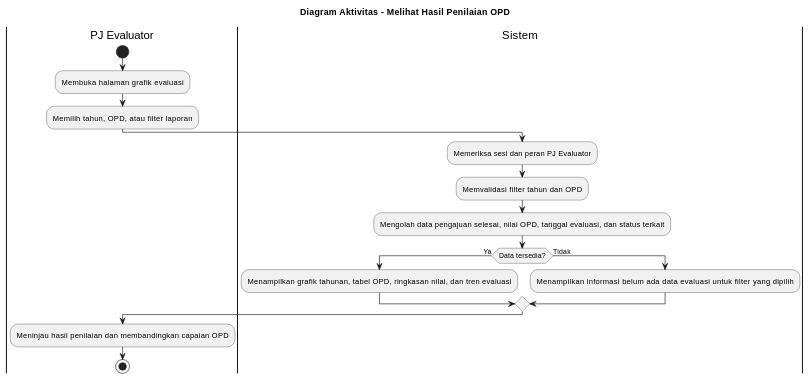
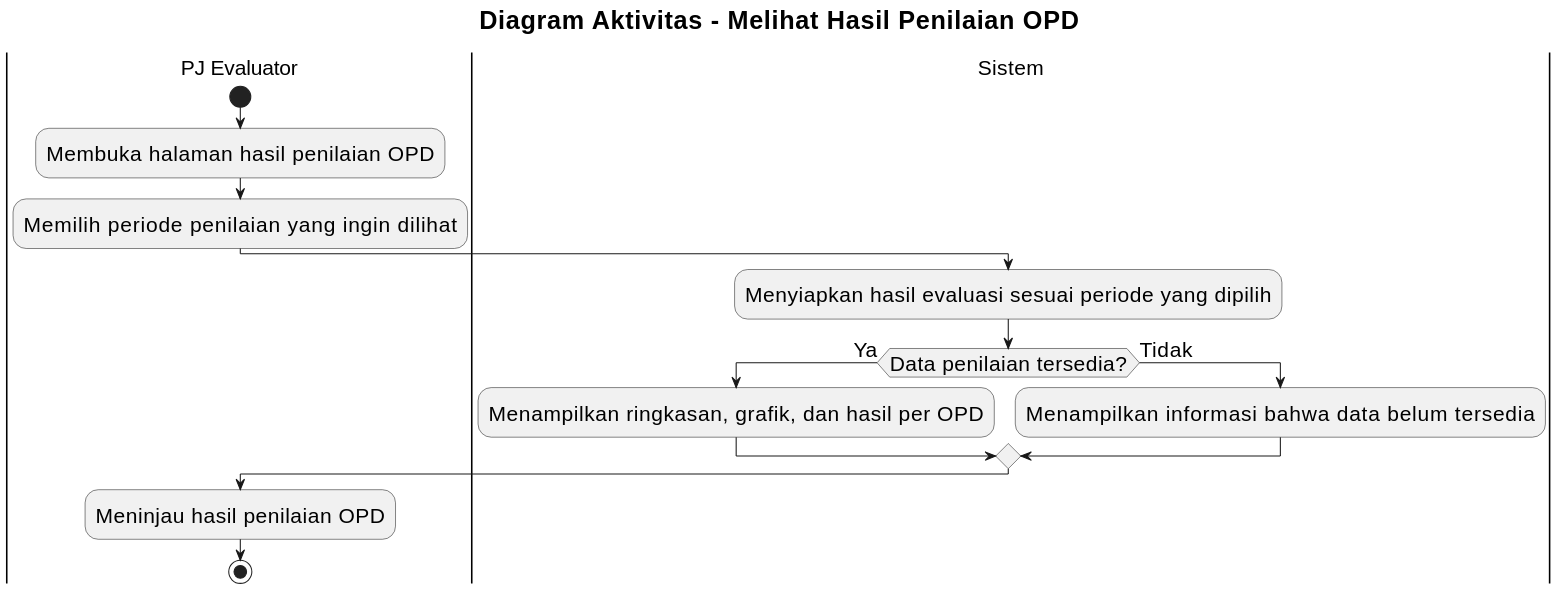
Before and after one commit to howlil/sop-generate-app: the diagram in docs/activity-diagram/lampiran/pj-evaluator-melihat-hasil-penilaian-opd.md, drawn with PlantUML. The commit also changed other lines of this file and 20 other files, not shown here.

Commit message:
docs(activity): align all activity diagrams with use cases

````diff
--- a/docs/activity-diagram/lampiran/pj-evaluator-melihat-hasil-penilaian-opd.md
+++ b/docs/activity-diagram/lampiran/pj-evaluator-melihat-hasil-penilaian-opd.md
@@ -16,26 +16,29 @@
 ```plantuml
 @startuml
+skinparam defaultFontSize 20
+skinparam titleFontSize 24
+skinparam dpi 160
+
 title Diagram Aktivitas - Melihat Hasil Penilaian OPD
 
 |PJ Evaluator|
 start
-:Membuka halaman grafik evaluasi;
-:Memilih tahun, OPD, atau filter laporan;
+:Membuka halaman hasil penilaian OPD;
+:Memilih periode penilaian yang ingin dilihat;
 
 |Sistem|
-:Memeriksa sesi dan peran PJ Evaluator;
-:Memvalidasi filter tahun dan OPD;
-:Mengolah data pengajuan selesai, nilai OPD, tanggal evaluasi, dan status terkait;
+:Menyiapkan hasil evaluasi sesuai periode yang dipilih;
 
-if (Data tersedia?) then (Ya)
-  :Menampilkan grafik tahunan, tabel OPD, ringkasan nilai, dan tren evaluasi;
+if (Data penilaian tersedia?) then (Ya)
+  :Menampilkan ringkasan, grafik, dan hasil per OPD;
 else (Tidak)
-  :Menampilkan informasi belum ada data evaluasi untuk filter yang dipilih;
+  :Menampilkan informasi bahwa data belum tersedia;
 endif
 
 |PJ Evaluator|
-:Meninjau hasil penilaian dan membandingkan capaian OPD;
+:Meninjau hasil penilaian OPD;
 
 stop
+
 @enduml
 ```
````
